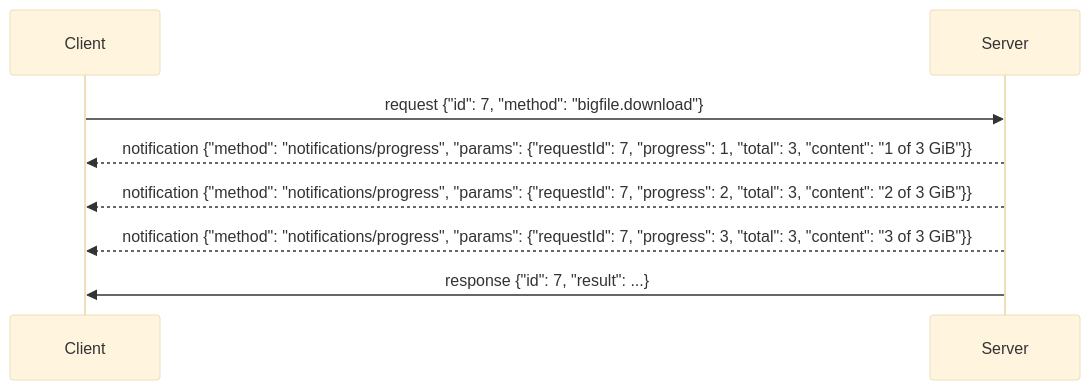
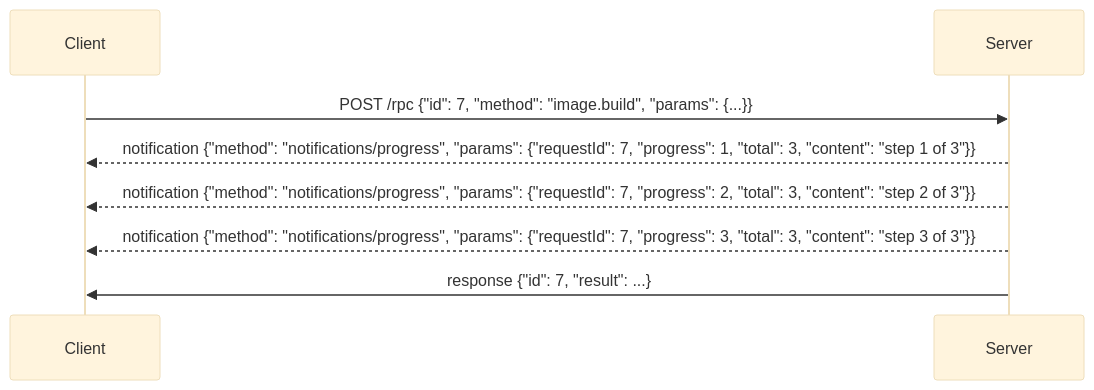
Before and after one commit to brekkylab/virtx: the second of 2 diagrams in virtx-core/PROTOCOL.md, drawn with Mermaid (base theme). The commit also changed other lines of this file, not shown here.

````diff
--- a/virtx-core/PROTOCOL.md
+++ b/virtx-core/PROTOCOL.md
@@ -83,10 +117,10 @@
 ```mermaid
 sequenceDiagram
     participant C as Client
     participant S as Server
-    C->>S: request {"id": 7, "method": "bigfile.download"}
-    S-->>C: notification {"method": "notifications/progress", "params": {"requestId": 7, "progress": 1, "total": 3, "content": "1 of 3 GiB"}}
-    S-->>C: notification {"method": "notifications/progress", "params": {"requestId": 7, "progress": 2, "total": 3, "content": "2 of 3 GiB"}}
-    S-->>C: notification {"method": "notifications/progress", "params": {"requestId": 7, "progress": 3, "total": 3, "content": "3 of 3 GiB"}}
+    C->>S: POST /rpc {"id": 7, "method": "image.build", "params": {...}}
+    S-->>C: notification {"method": "notifications/progress", "params": {"requestId": 7, "progress": 1, "total": 3, "content": "step 1 of 3"}}
+    S-->>C: notification {"method": "notifications/progress", "params": {"requestId": 7, "progress": 2, "total": 3, "content": "step 2 of 3"}}
+    S-->>C: notification {"method": "notifications/progress", "params": {"requestId": 7, "progress": 3, "total": 3, "content": "step 3 of 3"}}
     S->>C: response {"id": 7, "result": ...}
 ```
````
